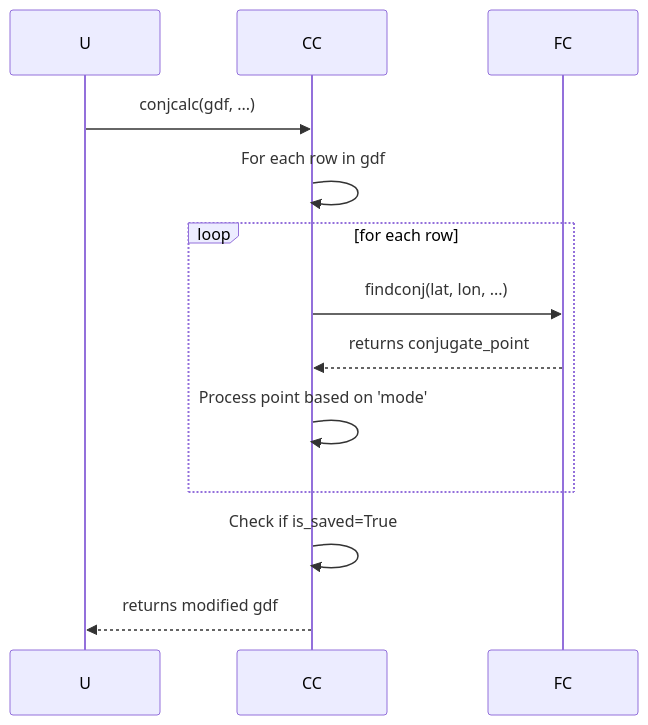
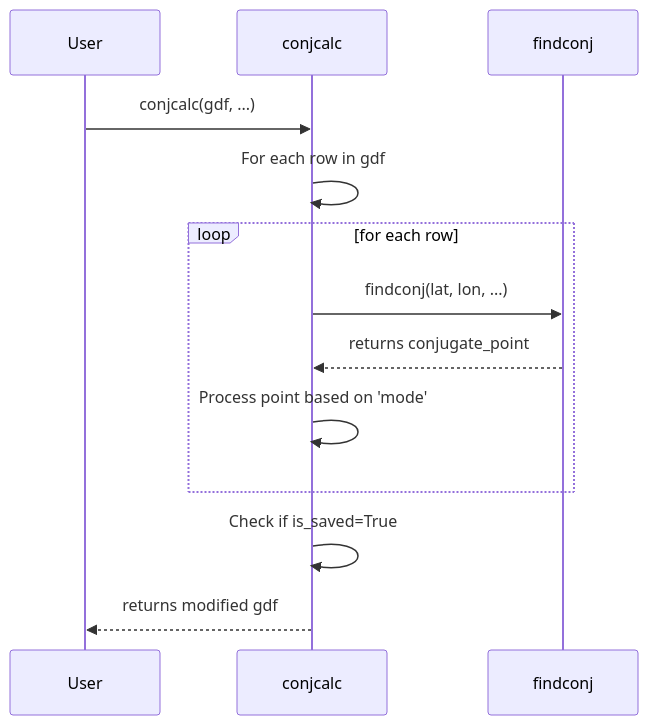
Before and after one commit to KCollins/conjugate_map: the third of 5 diagrams in docs/architecture.md, drawn with Mermaid. The commit also changed other lines of this file, not shown here.

````diff
--- a/docs/architecture.md
+++ b/docs/architecture.md
@@ -80,12 +80,12 @@
 ```mermaid
 sequenceDiagram
-    U->>CC: conjcalc(gdf, ...)
-    CC->>CC: For each row in gdf
+    User->>conjcalc: conjcalc(gdf, ...)
+    conjcalc->>conjcalc: For each row in gdf
     loop for each row
-        CC->>FC: findconj(lat, lon, ...)
-        FC-->>CC: returns conjugate_point
-        CC->>CC: Process point based on 'mode'
+        conjcalc->>findconj: findconj(lat, lon, ...)
+        findconj-->>conjcalc: returns conjugate_point
+        conjcalc->>conjcalc: Process point based on 'mode'
     end
-    CC->>CC: Check if is_saved=True
-    CC-->>U: returns modified gdf
+    conjcalc->>conjcalc: Check if is_saved=True
+    conjcalc-->>User: returns modified gdf
 ```
````
